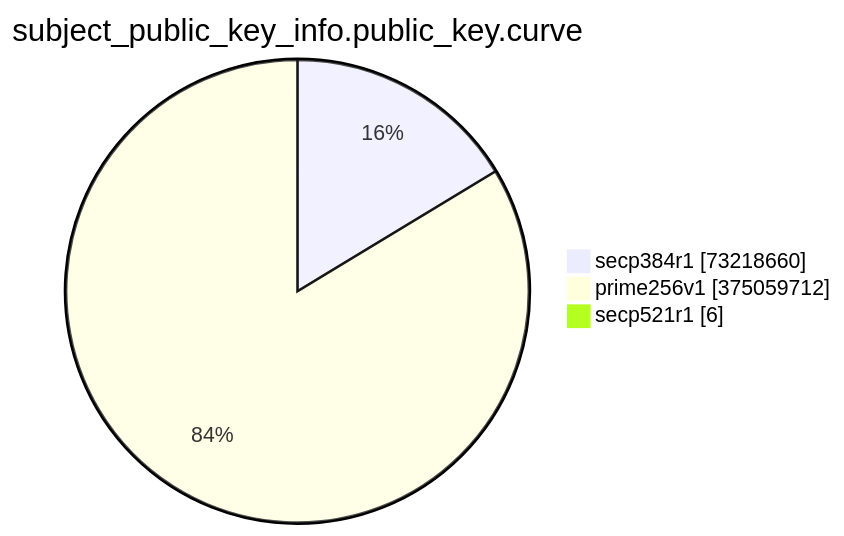
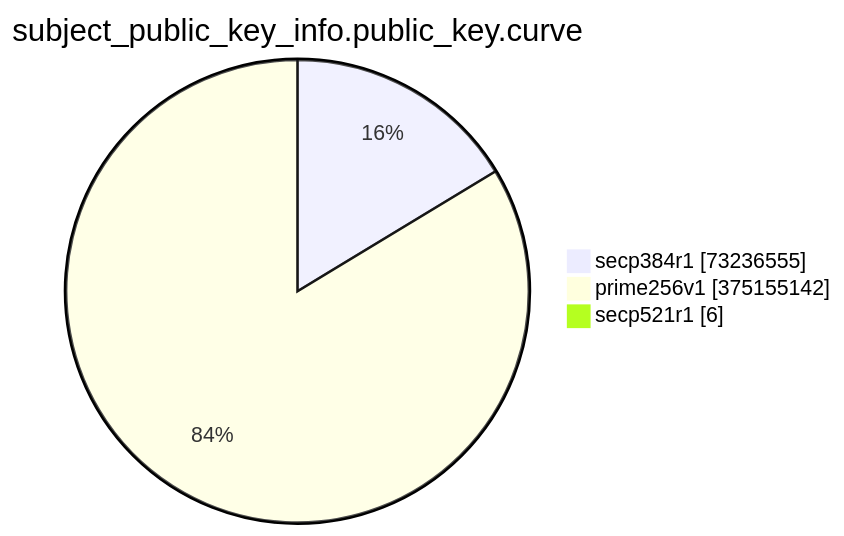
One commit to christiankrug/ctmonitor_visualization changed the eighth of 15 diagrams in TOTAL/README.md. Above: the diagram before and after it, drawn with Mermaid. The commit also changed other lines of this file, not shown here.

````diff
--- a/TOTAL/README.md
+++ b/TOTAL/README.md
@@ -3092,7 +3092,7 @@
 ```mermaid
 pie showData
 title subject_public_key_info.public_key.curve
-"secp384r1" :73218660
-"prime256v1" :375059712
+"secp384r1" :73236555
+"prime256v1" :375155142
 "secp521r1" :6
 ```
````
